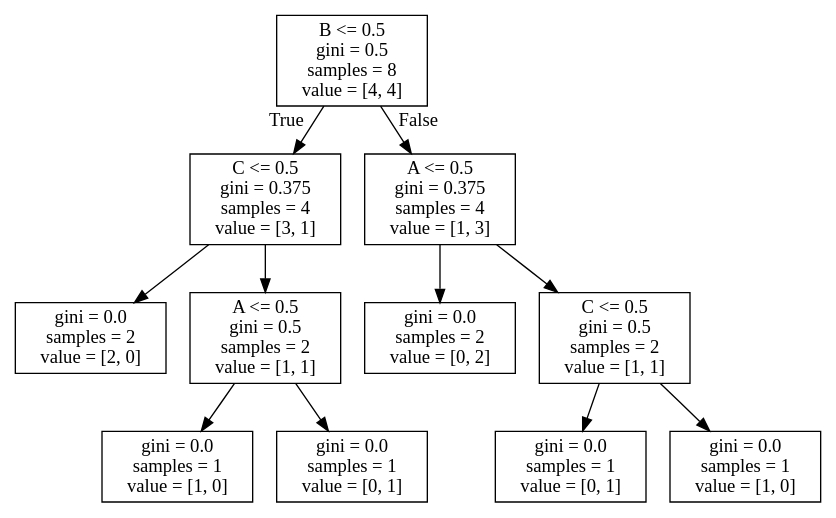
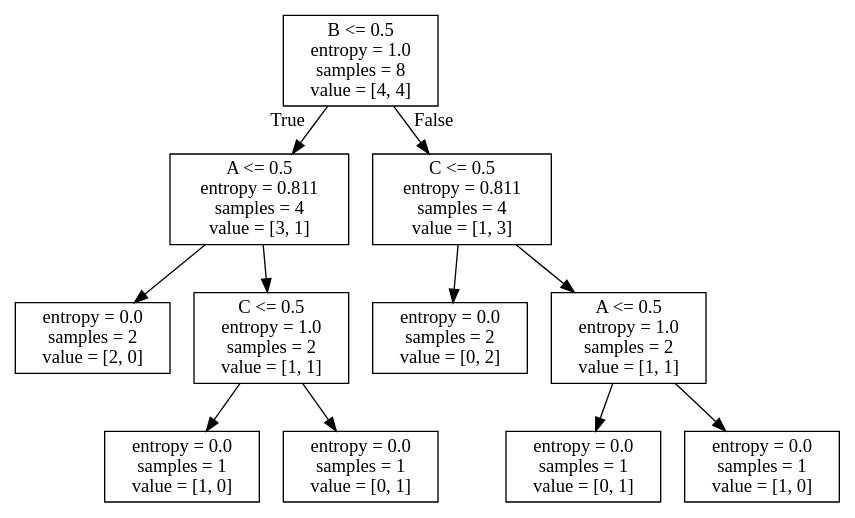
The diagram in tree_representation.dot (balki7/DecisionTreeSample-Assigment1-3), drawn with Graphviz before and after one commit. The commit also changed 2 other files, not shown here.

```diff
--- a/tree_representation.dot
+++ b/tree_representation.dot
@@ -1,24 +1,24 @@
 digraph Tree {
 node [shape=box] ;
-0 [label="B <= 0.5\ngini = 0.5\nsamples = 8\nvalue = [4, 4]"] ;
-1 [label="C <= 0.5\ngini = 0.375\nsamples = 4\nvalue = [3, 1]"] ;
+0 [label="B <= 0.5\nentropy = 1.0\nsamples = 8\nvalue = [4, 4]"] ;
+1 [label="A <= 0.5\nentropy = 0.811\nsamples = 4\nvalue = [3, 1]"] ;
 0 -> 1 [labeldistance=2.5, labelangle=45, headlabel="True"] ;
-2 [label="gini = 0.0\nsamples = 2\nvalue = [2, 0]"] ;
+2 [label="entropy = 0.0\nsamples = 2\nvalue = [2, 0]"] ;
 1 -> 2 ;
-3 [label="A <= 0.5\ngini = 0.5\nsamples = 2\nvalue = [1, 1]"] ;
+3 [label="C <= 0.5\nentropy = 1.0\nsamples = 2\nvalue = [1, 1]"] ;
 1 -> 3 ;
-4 [label="gini = 0.0\nsamples = 1\nvalue = [1, 0]"] ;
+4 [label="entropy = 0.0\nsamples = 1\nvalue = [1, 0]"] ;
 3 -> 4 ;
-5 [label="gini = 0.0\nsamples = 1\nvalue = [0, 1]"] ;
+5 [label="entropy = 0.0\nsamples = 1\nvalue = [0, 1]"] ;
 3 -> 5 ;
-6 [label="A <= 0.5\ngini = 0.375\nsamples = 4\nvalue = [1, 3]"] ;
+6 [label="C <= 0.5\nentropy = 0.811\nsamples = 4\nvalue = [1, 3]"] ;
 0 -> 6 [labeldistance=2.5, labelangle=-45, headlabel="False"] ;
-7 [label="gini = 0.0\nsamples = 2\nvalue = [0, 2]"] ;
+7 [label="entropy = 0.0\nsamples = 2\nvalue = [0, 2]"] ;
 6 -> 7 ;
-8 [label="C <= 0.5\ngini = 0.5\nsamples = 2\nvalue = [1, 1]"] ;
+8 [label="A <= 0.5\nentropy = 1.0\nsamples = 2\nvalue = [1, 1]"] ;
 6 -> 8 ;
-9 [label="gini = 0.0\nsamples = 1\nvalue = [0, 1]"] ;
+9 [label="entropy = 0.0\nsamples = 1\nvalue = [0, 1]"] ;
 8 -> 9 ;
-10 [label="gini = 0.0\nsamples = 1\nvalue = [1, 0]"] ;
+10 [label="entropy = 0.0\nsamples = 1\nvalue = [1, 0]"] ;
 8 -> 10 ;
 }
```
